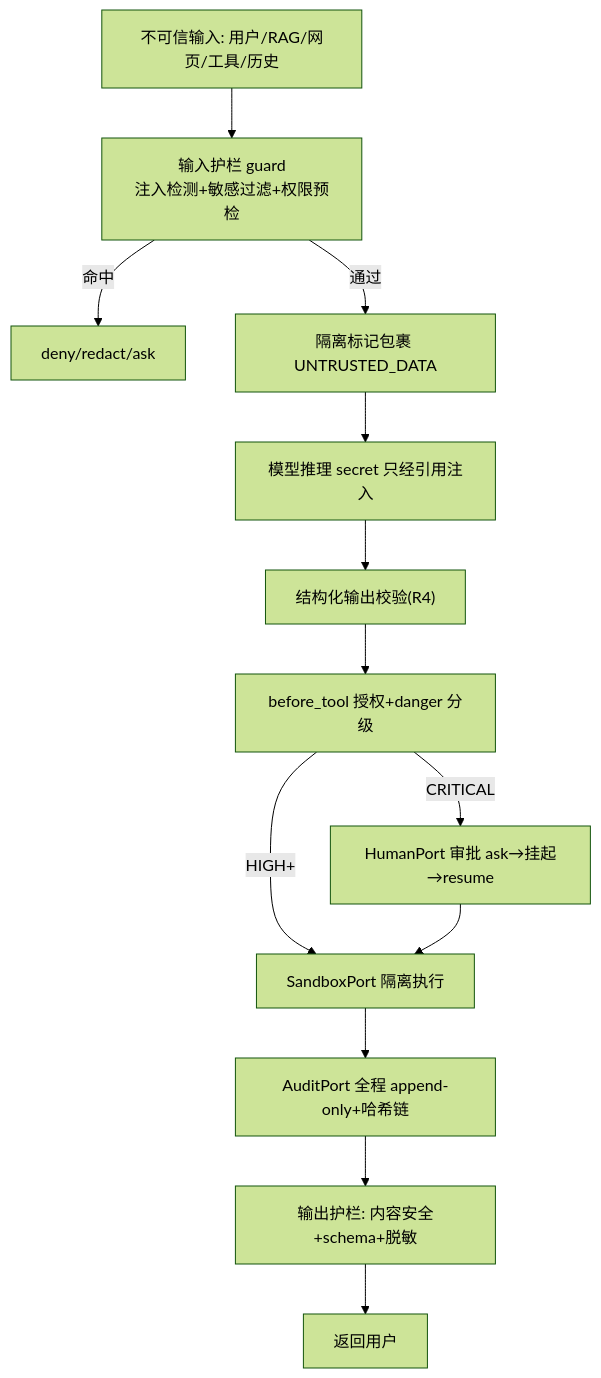
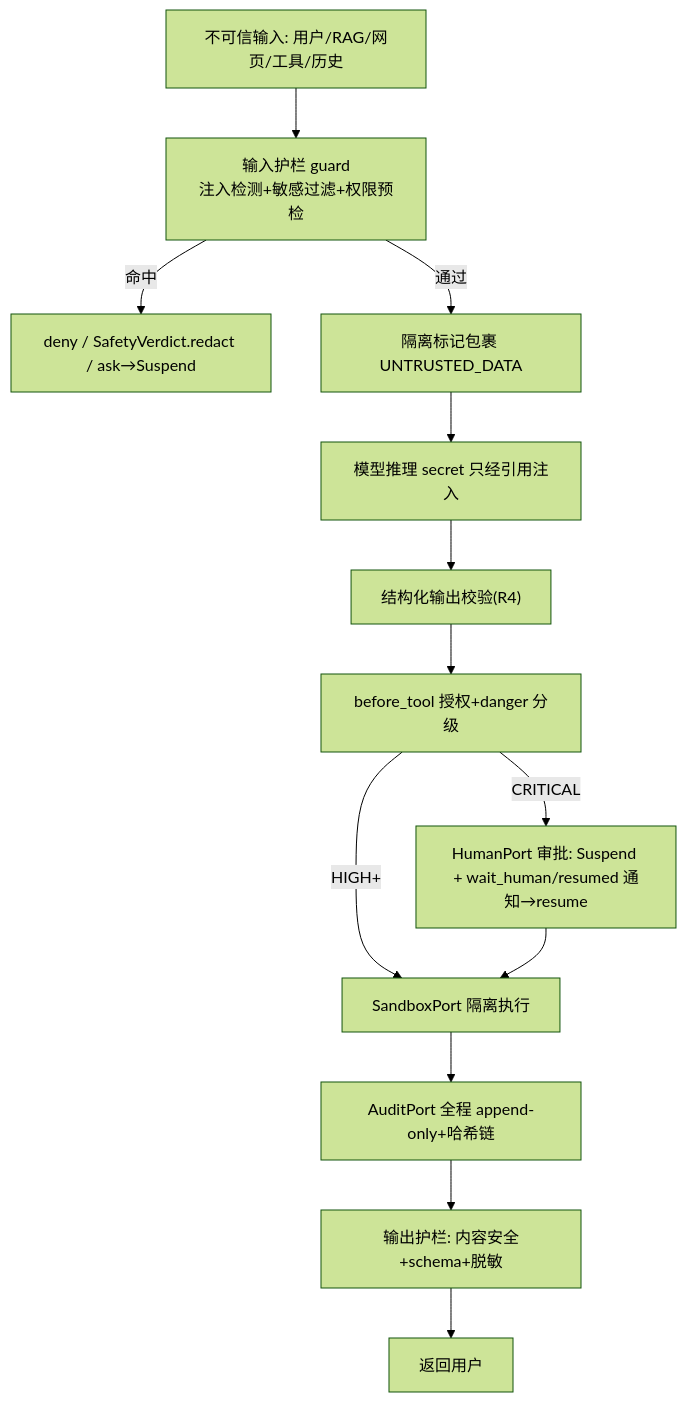
One commit to sao-lang/lll changed the diagram in docs/02-模块详设/Agent/R9-安全与HITL.md. Above: the diagram before and after it, drawn with Mermaid (forest theme). The commit also changed other lines of this file and 127 other files, not shown here.

````diff
--- a/docs/02-模块详设/Agent/R9-安全与HITL.md
+++ b/docs/02-模块详设/Agent/R9-安全与HITL.md
@@ -24,15 +24,15 @@
 ```mermaid
 flowchart TD
     IN["不可信输入: 用户/RAG/网页/工具/历史"] --> G["输入护栏 guard<br/>注入检测+敏感过滤+权限预检"]
-    G -->|命中| DENY["deny/redact/ask"]
+    G -->|命中| DENY["deny / SafetyVerdict.redact / ask→Suspend"]
     G -->|通过| ISO["隔离标记包裹 UNTRUSTED_DATA"]
     ISO --> M["模型推理 secret 只经引用注入"]
     M --> S["结构化输出校验(R4)"]
     S --> A["before_tool 授权+danger 分级"]
-    A -->|CRITICAL| AP["HumanPort 审批 ask→挂起→resume"]
+    A -->|CRITICAL| AP["HumanPort 审批: Suspend + wait_human/resumed 通知→resume"]
     A -->|HIGH+| SB["SandboxPort 隔离执行"]
     AP --> SB
     SB --> AU["AuditPort 全程 append-only+哈希链"]
     AU --> OG["输出护栏: 内容安全+schema+脱敏"]
     OG --> RES["返回用户"]
 ```
````
